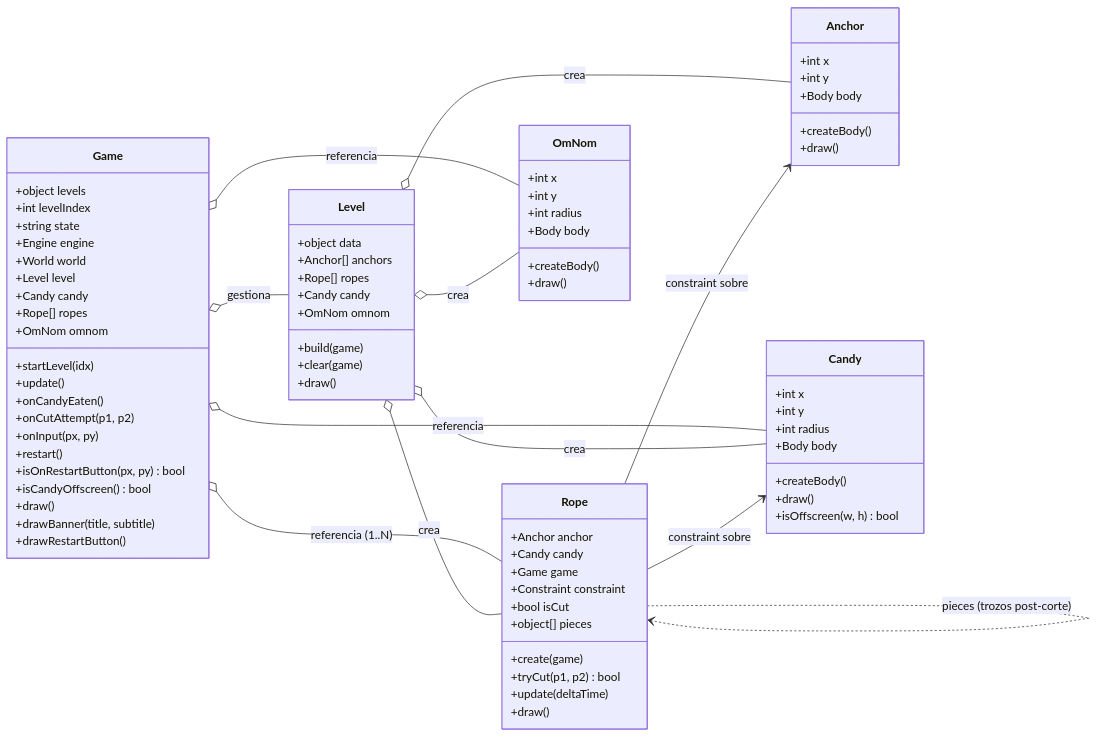
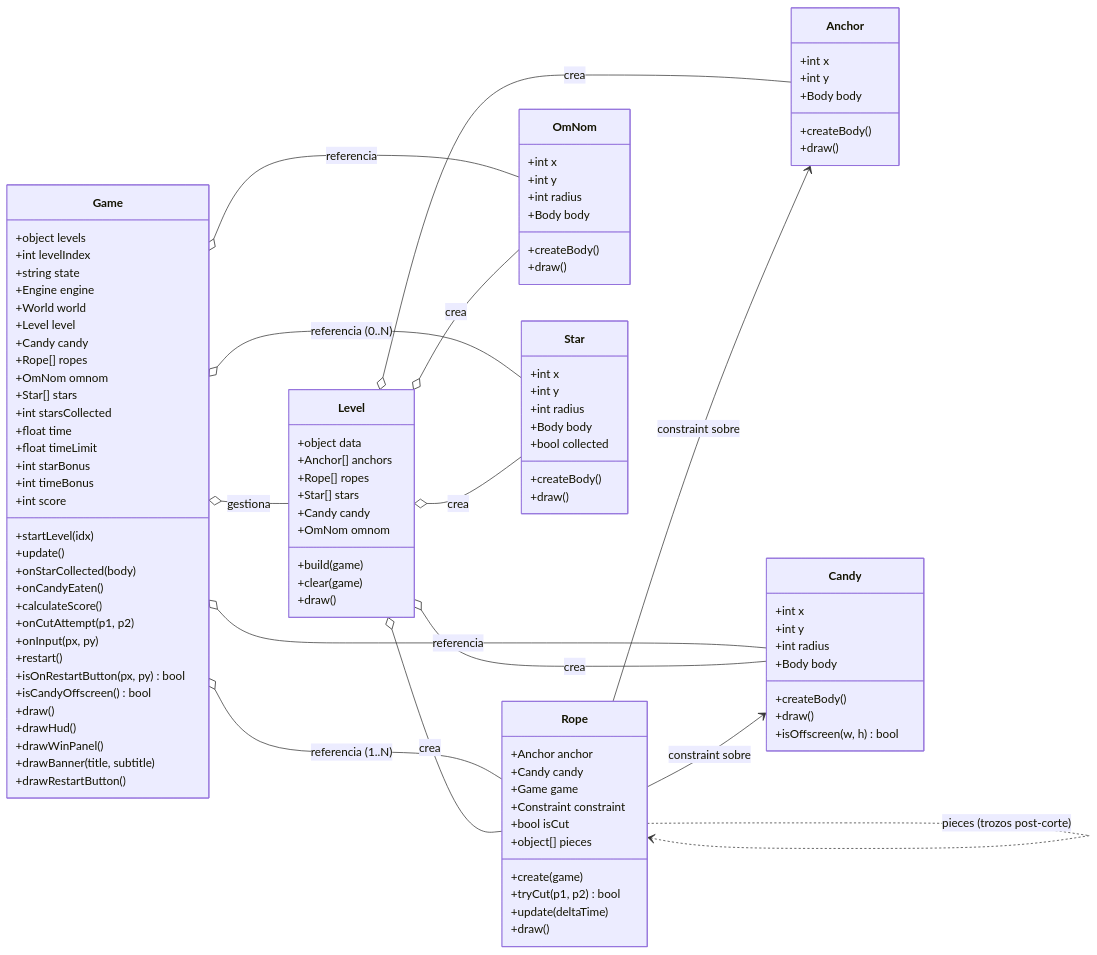
Before and after one commit to ShryhakAkizuki/Cut_The_Rope-Visual_Computing_2026-II: the third of 5 diagrams in docs/arquitectura-mvp.md, drawn with Mermaid. The commit also changed other lines of this file and 6 other files, not shown here.

```diff
--- a/docs/arquitectura-mvp.md
+++ b/docs/arquitectura-mvp.md
@@ -141,15 +146,26 @@
         +Candy candy
         +Rope[] ropes
         +OmNom omnom
+        +Star[] stars
+        +int starsCollected
+        +float time
+        +float timeLimit
+        +int starBonus
+        +int timeBonus
+        +int score
         +startLevel(idx)
         +update()
+        +onStarCollected(body)
         +onCandyEaten()
+        +calculateScore()
         +onCutAttempt(p1, p2)
         +onInput(px, py)
         +restart()
         +isOnRestartButton(px, py) bool
         +isCandyOffscreen() bool
         +draw()
+        +drawHud()
+        +drawWinPanel()
         +drawBanner(title, subtitle)
         +drawRestartButton()
     }
@@ -158,6 +174,7 @@
         +object data
         +Anchor[] anchors
         +Rope[] ropes
+        +Star[] stars
         +Candy candy
         +OmNom omnom
         +build(game)
@@ -205,14 +222,26 @@
         +draw()
     }
 
+    class Star {
+        +int x
+        +int y
+        +int radius
+        +Body body
+        +bool collected
+        +createBody()
+        +draw()
+    }
+
     Game o-- Level : gestiona
     Game o-- Candy : referencia
     Game o-- Rope : referencia (1..N)
     Game o-- OmNom : referencia
+    Game o-- Star : referencia (0..N)
     Level o-- Anchor : crea
     Level o-- Rope : crea
     Level o-- Candy : crea
     Level o-- OmNom : crea
+    Level o-- Star : crea
     Rope --> Anchor : constraint sobre
     Rope --> Candy : constraint sobre
     Rope ..> Rope : pieces (trozos post-corte)
```
